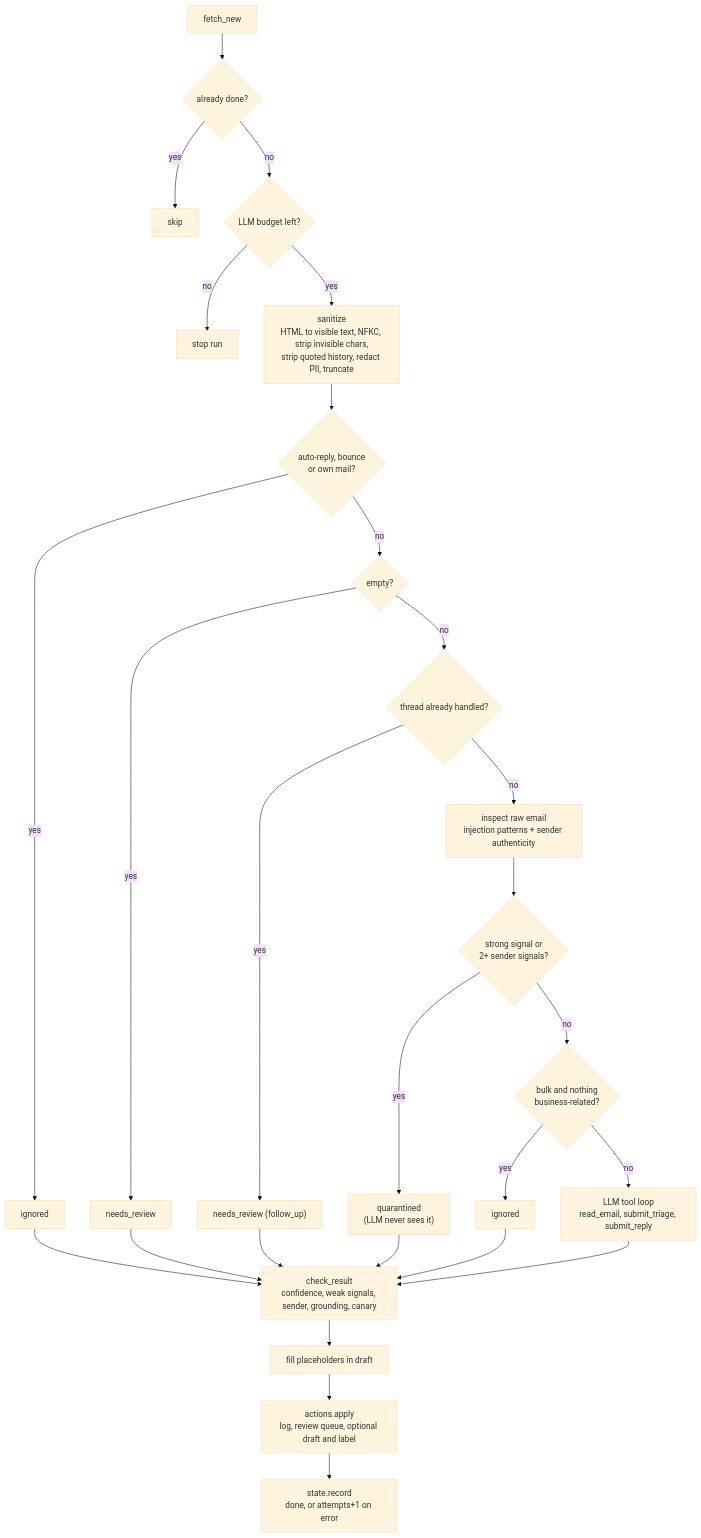
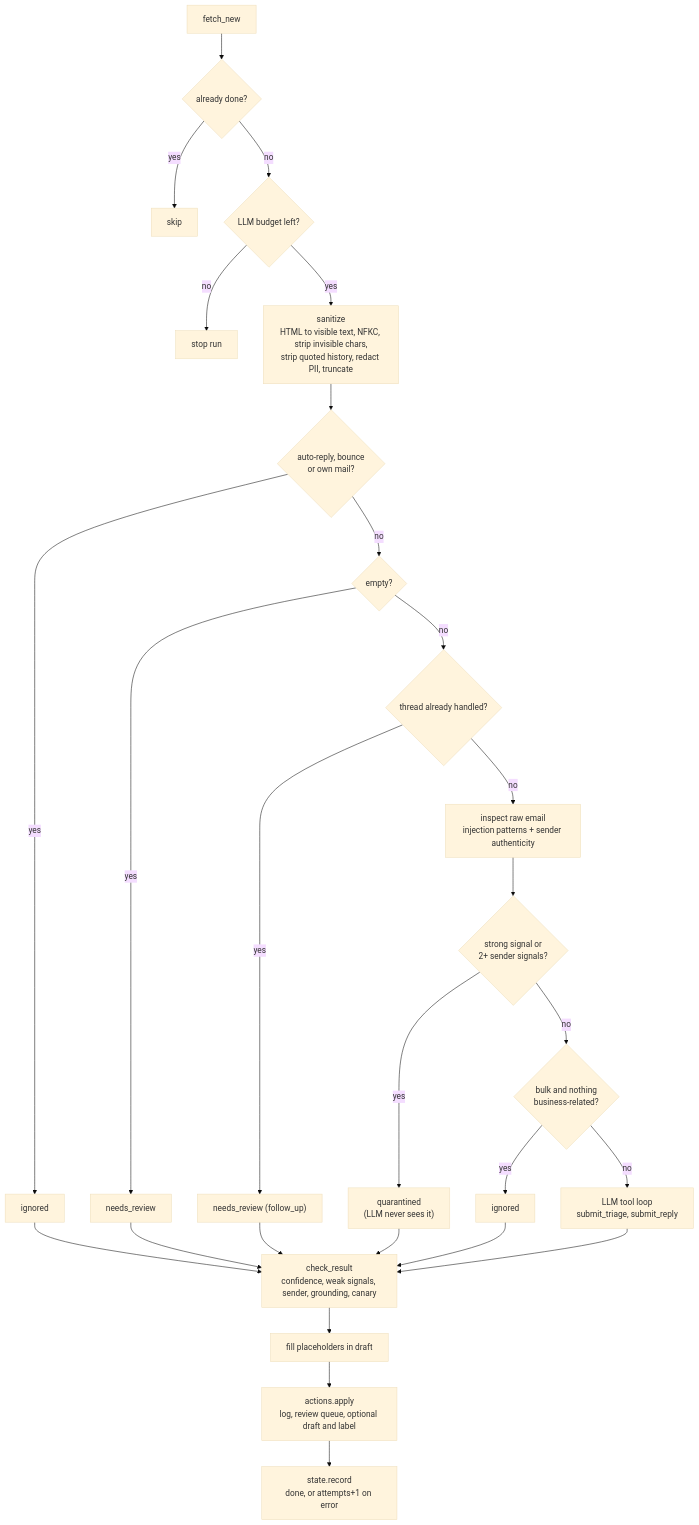
One commit to anketmalandkar-sys/ltfs-demo changed the third of 8 diagrams in ARCHITECTURE.md. Above: the diagram before and after it, drawn with Mermaid (base theme). The commit also changed other lines of this file and 8 other files, not shown here.

First line of the commit message:
Fewer LLM calls per email, and better KYC replies

````diff
--- a/ARCHITECTURE.md
+++ b/ARCHITECTURE.md
@@ -141,29 +141,29 @@
 ```mermaid
 flowchart TD
     A[fetch_new] --> B{already done?}
     B -- yes --> SKIP[skip]
     B -- no --> C{LLM budget left?}
     C -- no --> STOP[stop run]
     C -- yes --> D["sanitize<br/>HTML to visible text, NFKC, strip invisible chars,<br/>strip quoted history, redact PII, truncate"]
     D --> E{auto-reply, bounce<br/>or own mail?}
     E -- yes --> IGN[ignored]
     E -- no --> F{empty?}
     F -- yes --> NR1[needs_review]
     F -- no --> G{thread already handled?}
     G -- yes --> NR2["needs_review (follow_up)"]
     G -- no --> H["inspect raw email<br/>injection patterns + sender authenticity"]
     H --> I{strong signal or<br/>2+ sender signals?}
     I -- yes --> Q["quarantined<br/>(LLM never sees it)"]
     I -- no --> J{bulk and nothing<br/>business-related?}
     J -- yes --> IGN2[ignored]
-    J -- no --> K["LLM tool loop<br/>read_email, submit_triage, submit_reply"]
+    J -- no --> K["LLM tool loop<br/>submit_triage, submit_reply"]
     K --> L["check_result<br/>confidence, weak signals, sender, grounding, canary"]
     Q --> L
     IGN --> L
     IGN2 --> L
     NR1 --> L
     NR2 --> L
     L --> M[fill placeholders in draft]
     M --> N["actions.apply<br/>log, review queue, optional draft and label"]
     N --> O["state.record<br/>done, or attempts+1 on error"]
 ```
````
